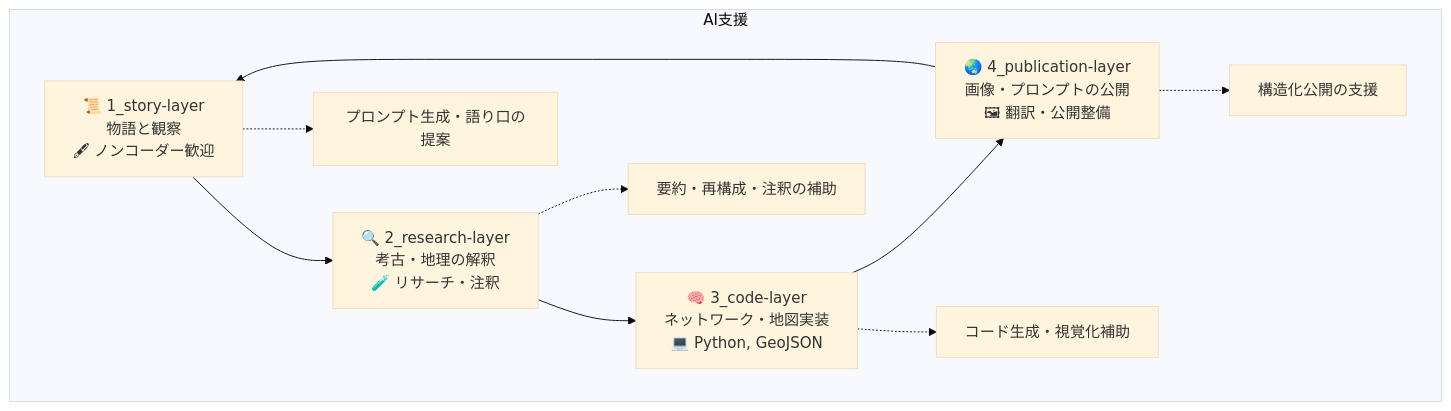
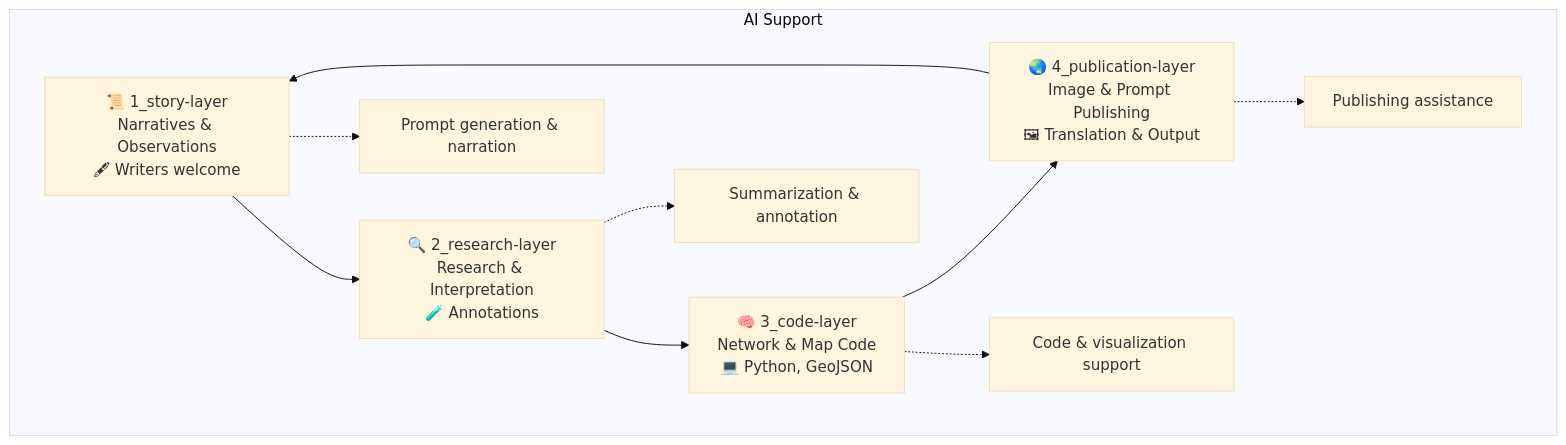
The diagram in ai-collaboration/Jomon-Fiction/README.md (satoshi-create/complexity-and-network-webdesign), drawn with Mermaid (base theme) before and after one commit. The commit also changed other lines of this file, not shown here.

````diff
--- a/ai-collaboration/Jomon-Fiction/README.md
+++ b/ai-collaboration/Jomon-Fiction/README.md
@@ -64,14 +52,14 @@
 ```mermaid
 graph TD
-  A[📜 1_story-layer<br>物語と観察<br>🖋 ノンコーダー歓迎] --> B[🔍 2_research-layer<br>考古・地理の解釈<br>🧪 リサーチ・注釈]
-  B --> C[🧠 3_code-layer<br>ネットワーク・地図実装<br>💻 Python, GeoJSON]
-  C --> D[🌏 4_publication-layer<br>画像・プロンプトの公開<br>🖼 翻訳・公開整備]
+  A[📜 1_story-layer<br>Narratives & Observations<br>🖋 Writers welcome] --> B[🔍 2_research-layer<br>Research & Interpretation<br>🧪 Annotations]
+  B --> C[🧠 3_code-layer<br>Network & Map Code<br>💻 Python, GeoJSON]
+  C --> D[🌏 4_publication-layer<br>Image & Prompt Publishing<br>🖼 Translation & Output]
   D --> A
 
-  subgraph  AI支援
-    A -.-> AI1[プロンプト生成・語り口の提案]
-    B -.-> AI2[要約・再構成・注釈の補助]
-    C -.-> AI3[コード生成・視覚化補助]
-    D -.-> AI4[構造化公開の支援]
+  subgraph AI Support
+    A -.-> AI1[Prompt generation & narration]
+    B -.-> AI2[Summarization & annotation]
+    C -.-> AI3[Code & visualization support]
+    D -.-> AI4[Publishing assistance]
   end
 ```
````
